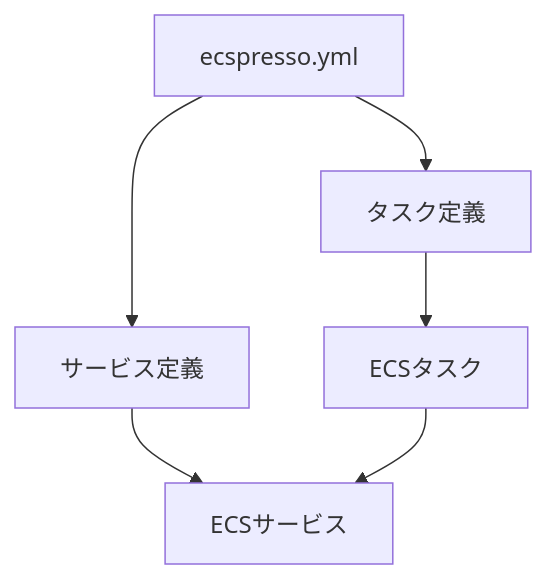
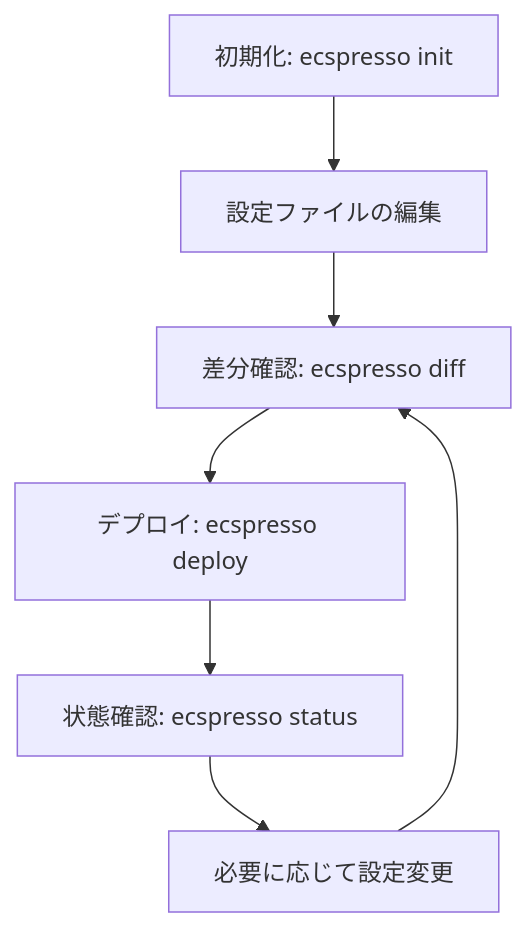
The diagram in ecspresso/quickstart/basic-usage.md (bufferings/devin-docs), drawn with Mermaid before and after one commit. The commit also changed other lines of this file and 32 other files, not shown here.

````diff
--- a/ecspresso/quickstart/basic-usage.md
+++ b/ecspresso/quickstart/basic-usage.md
@@ -55,8 +78,9 @@
 ```mermaid
 graph TD
-    A[ecspresso.yml] --> B[タスク定義]
-    A --> C[サービス定義]
-    B --> D[ECSタスク]
-    C --> E[ECSサービス]
-    D --> E
+    A[初期化: ecspresso init] --> B[設定ファイルの編集]
+    B --> C[差分確認: ecspresso diff]
+    C --> D[デプロイ: ecspresso deploy]
+    D --> E[状態確認: ecspresso status]
+    E --> F[必要に応じて設定変更]
+    F --> C
 ```
````
